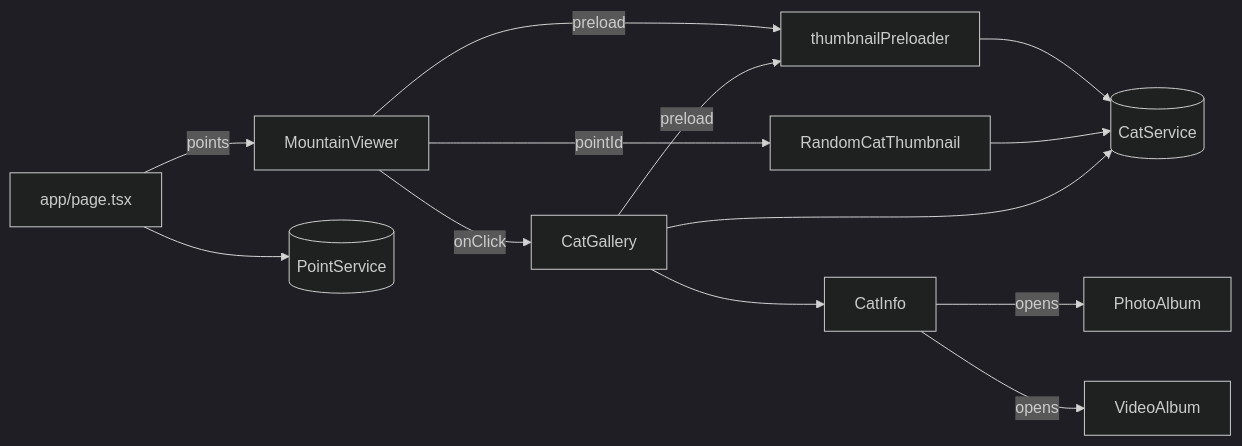
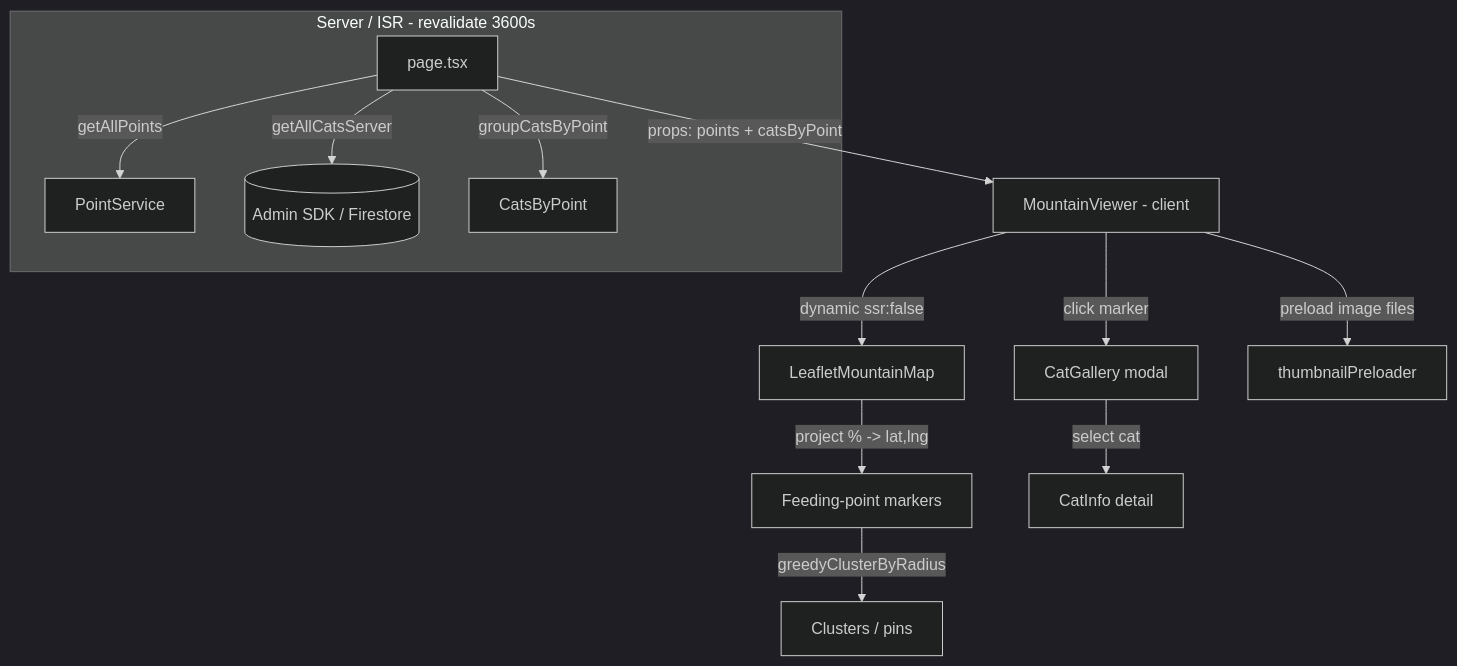
The first of 2 diagrams in docs/codebase/mountain-map-and-cats.md (wwolfyy/mohocat), drawn with Mermaid (dark theme) before and after one commit. The commit also changed other lines of this file and 12 other files, not shown here.

````diff
--- a/docs/codebase/mountain-map-and-cats.md
+++ b/docs/codebase/mountain-map-and-cats.md
@@ -72,26 +36,15 @@
 ```mermaid
-graph LR
-    Page[app/page.tsx]
-    Viewer[MountainViewer]
-    Random[RandomCatThumbnail]
-    Gallery[CatGallery]
-    Info[CatInfo]
-    Photo[PhotoAlbum]
-    Video[VideoAlbum]
-    Pre[thumbnailPreloader]
-    CatSvc[(CatService)]
-    PointSvc[(PointService)]
-
-    Page -->|points| Viewer
-    Viewer -->|pointId| Random
-    Viewer -->|onClick| Gallery
-    Gallery --> Info
-    Info -->|opens| Photo
-    Info -->|opens| Video
-    Viewer -->|preload| Pre
-    Gallery -->|preload| Pre
-    Pre --> CatSvc
-    Random --> CatSvc
-    Gallery --> CatSvc
-    Page --> PointSvc
+flowchart TD
+    subgraph Server[Server / ISR - revalidate 3600s]
+        Page[page.tsx] -->|getAllPoints| PointSvc[PointService]
+        Page -->|getAllCatsServer| AdminSDK[(Admin SDK / Firestore)]
+        Page -->|groupCatsByPoint| ByPoint[CatsByPoint]
+    end
+    Page -->|props: points + catsByPoint| Viewer[MountainViewer - client]
+    Viewer -->|dynamic ssr:false| Leaflet[LeafletMountainMap]
+    Leaflet -->|project % -> lat,lng| Markers[Feeding-point markers]
+    Markers -->|greedyClusterByRadius| Clusters[Clusters / pins]
+    Viewer -->|click marker| Gallery[CatGallery modal]
+    Gallery -->|select cat| CatInfo[CatInfo detail]
+    Viewer -->|preload image files| Preloader[thumbnailPreloader]
 ```
````
